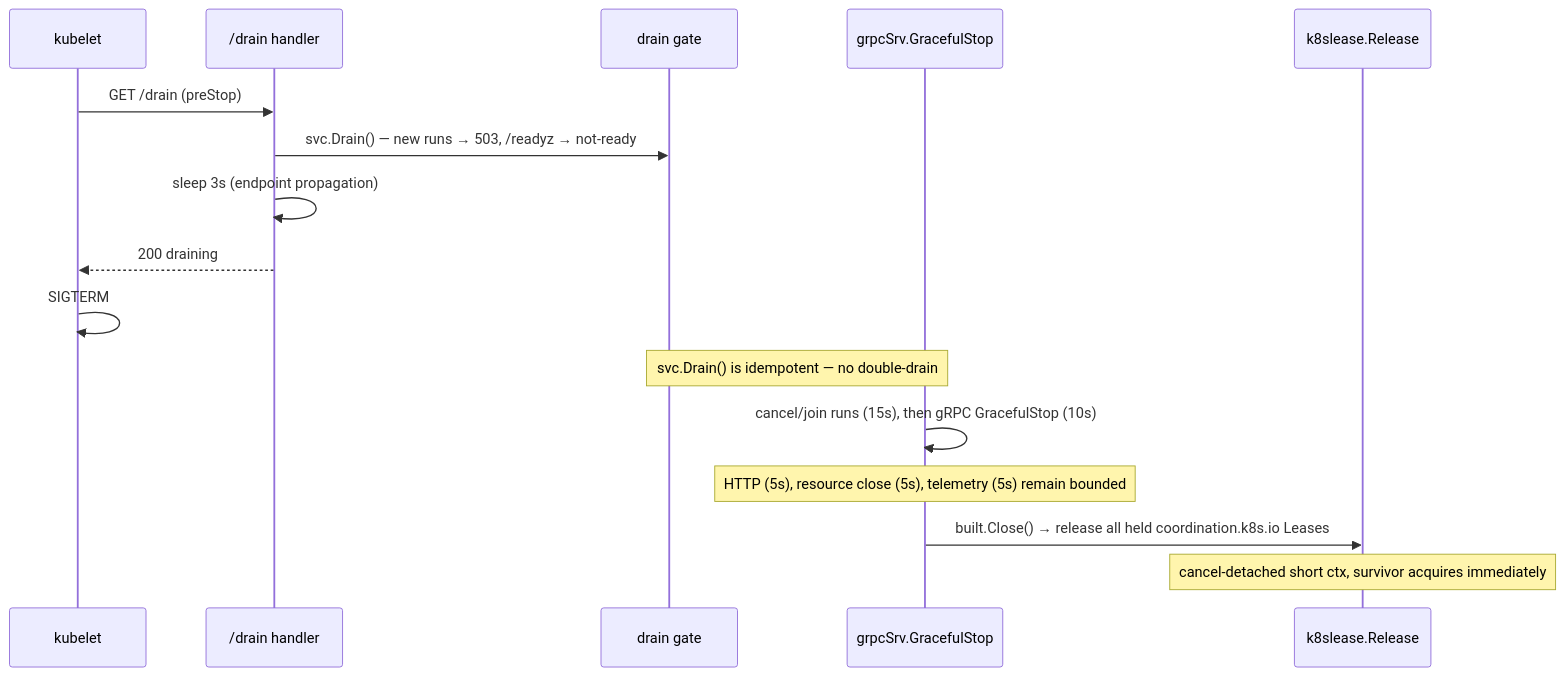
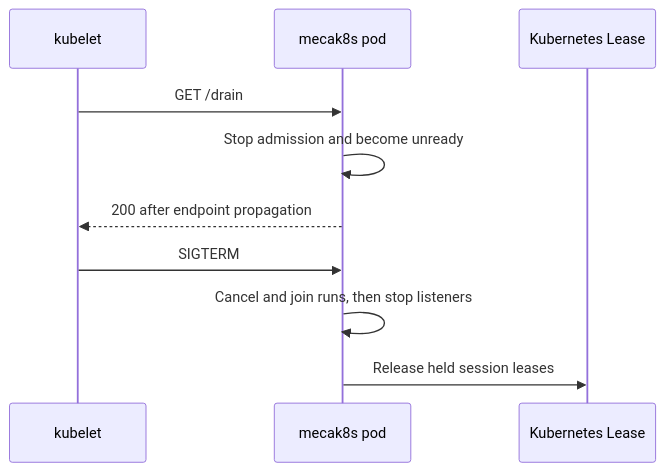
One commit to Sanskarzz/mecatl changed the second of 2 diagrams in user-docs/building/deployment/mecak8s.md. Above: the diagram before and after it, drawn with Mermaid. The commit also changed other lines of this file and 3 other files, not shown here.

````diff
--- a/user-docs/building/deployment/mecak8s.md
+++ b/user-docs/building/deployment/mecak8s.md
@@ -927,19 +723,13 @@
 ```mermaid
 sequenceDiagram
   participant K as kubelet
-  participant D as /drain handler
-  participant G as drain gate
-  participant GS as grpcSrv.GracefulStop
-  participant L as k8slease.Release
+  participant P as mecak8s pod
+  participant L as Kubernetes Lease
 
-  K->>D: GET /drain (preStop)
-  D->>G: svc.Drain() — new runs → 503, /readyz → not-ready
-  D->>D: sleep 3s (endpoint propagation)
-  D-->>K: 200 draining
-  K->>K: SIGTERM
-  Note over G,GS: svc.Drain() is idempotent — no double-drain
-  GS->>GS: cancel/join runs (15s), then gRPC GracefulStop (10s)
-  note over GS: HTTP (5s), resource close (5s), telemetry (5s) remain bounded
-  GS->>L: built.Close() → release all held coordination.k8s.io Leases
-  note over L: cancel-detached short ctx, survivor acquires immediately
+  K->>P: GET /drain
+  P->>P: Stop admission and become unready
+  P-->>K: 200 after endpoint propagation
+  K->>P: SIGTERM
+  P->>P: Cancel and join runs, then stop listeners
+  P->>L: Release held session leases
 ```
````
